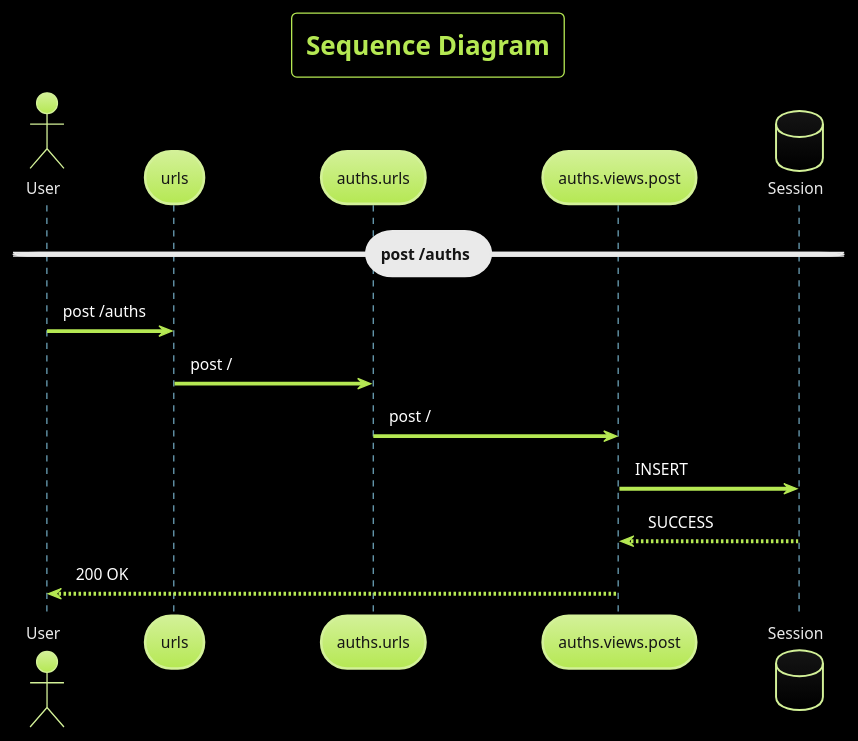
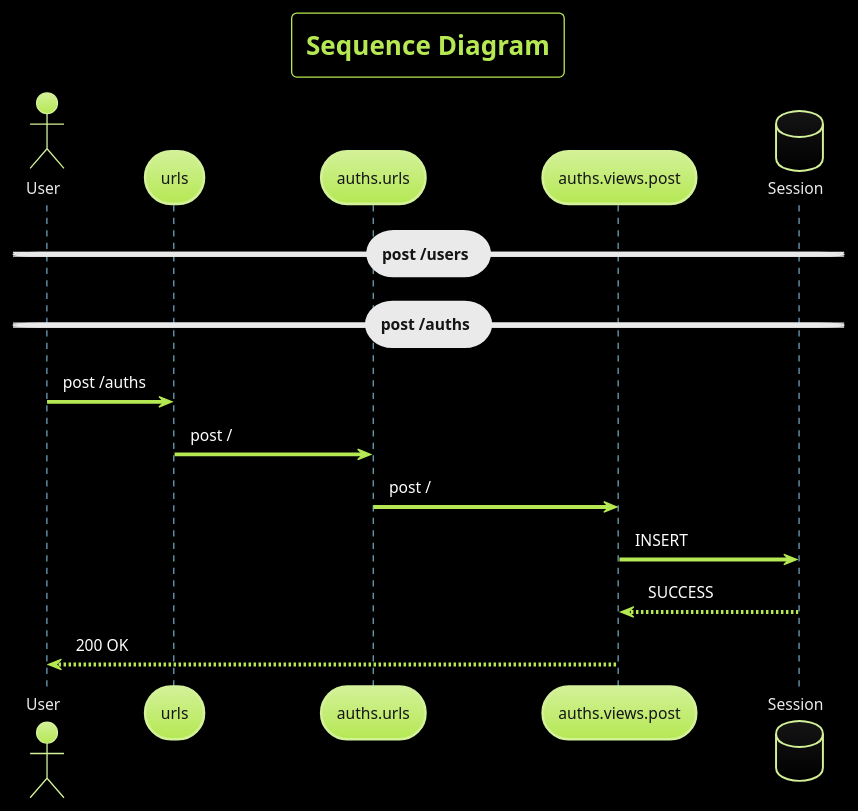
One commit to AdityaShenoy/FlipCart changed the third of 4 diagrams in design.plantuml. Above: the diagram before and after it, drawn with PlantUML. The commit also changed other lines of this file, not shown here.

```diff
--- a/design.plantuml
+++ b/design.plantuml
@@ -48,20 +48,21 @@
 @startuml 3
 
     !theme hacker
     skinparam BackgroundColor black
     title "Sequence Diagram"
 
     actor User
     participant urls
     participant auths.urls
     participant auths.views.post
     database Session
 
+    == post /users ==
     == post /auths ==
     User             ->  urls             : post /auths
     urls             ->  auths.urls       : post /
     auths.urls       ->  auths.views.post : post /
     auths.views.post ->  Session          : INSERT
     auths.views.post <-- Session          : SUCCESS
     User             <-- auths.views.post : 200 OK
 @enduml
```
